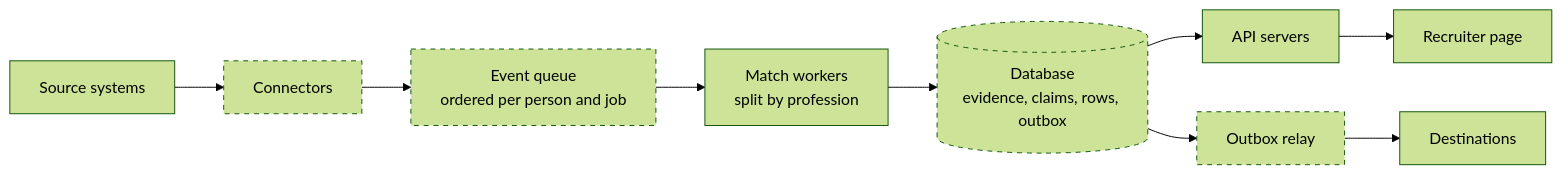
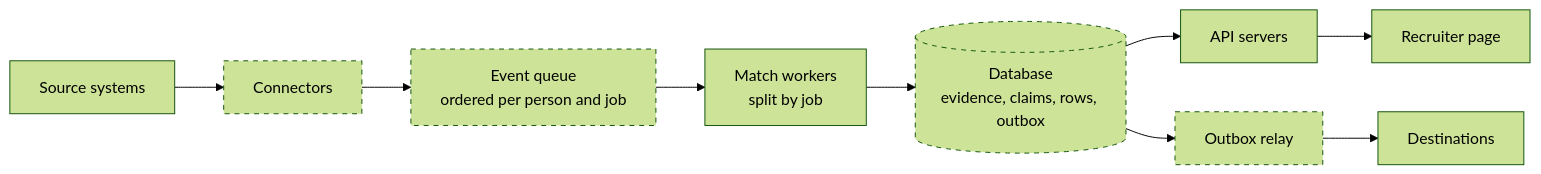
The second of 2 diagrams in docs/ARCHITECTURE.md (sukritisehgal-28/tracefit), drawn with Mermaid (forest theme) before and after one commit. The commit also changed other lines of this file and 13 other files, not shown here.

````diff
--- a/docs/ARCHITECTURE.md
+++ b/docs/ARCHITECTURE.md
@@ -191,11 +153,11 @@
 ```mermaid
 flowchart LR
   SRC[Source systems] --> CON[Connectors]
   CON --> Q[Event queue<br/>ordered per person and job]
-  Q --> W[Match workers<br/>split by profession]
+  Q --> W[Match workers<br/>split by job]
   W --> DB[(Database<br/>evidence, claims, rows, outbox)]
   DB --> API[API servers] --> PG[Recruiter page]
   DB --> OR[Outbox relay] --> DST[Destinations]
   classDef planned stroke-dasharray: 5 5
   class CON,Q,DB,OR planned
 ```
````
